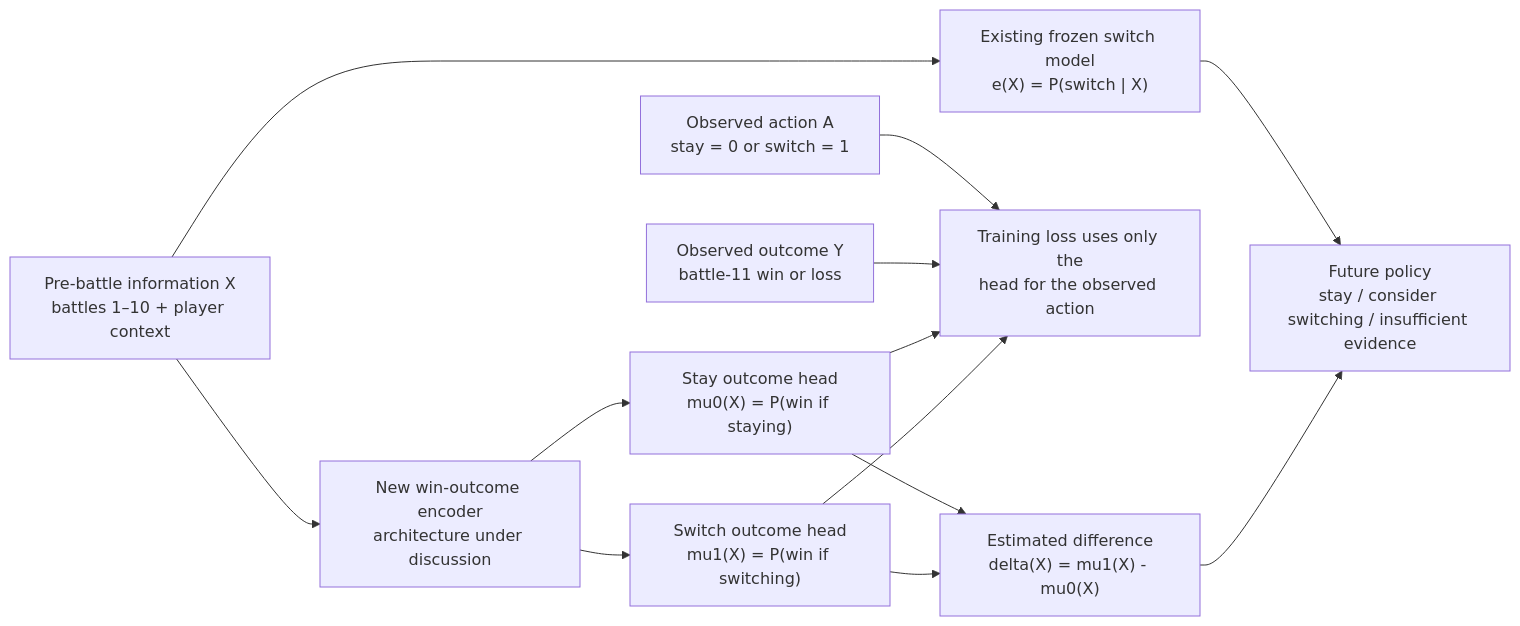
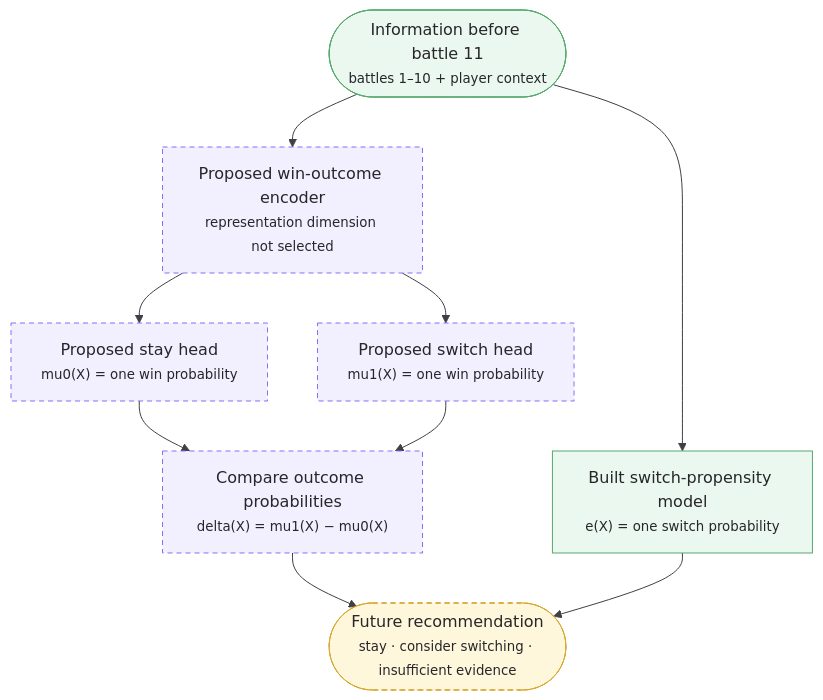
One commit to jfbami/clash2 changed the third of 3 diagrams in ARCHITECTURE.md. Above: the diagram before and after it, drawn with Mermaid. The commit also changed other lines of this file and 3 other files, not shown here.

Commit message:
Refine Mermaid architecture diagrams

````diff
--- a/ARCHITECTURE.md
+++ b/ARCHITECTURE.md
@@ -89,27 +138,28 @@
 ```mermaid
-flowchart LR
-    x["Pre-battle information X<br/>battles 1–10 + player context"]
-    action["Observed action A<br/>stay = 0 or switch = 1"]
-    win["Observed outcome Y<br/>battle-11 win or loss"]
-
-    propensity["Existing frozen switch model<br/>e(X) = P(switch | X)"]
-    outcomeencoder["New win-outcome encoder<br/>architecture under discussion"]
-    stay["Stay outcome head<br/>mu0(X) = P(win if staying)"]
-    switch["Switch outcome head<br/>mu1(X) = P(win if switching)"]
-    factual["Training loss uses only the<br/>head for the observed action"]
-    compare["Estimated difference<br/>delta(X) = mu1(X) - mu0(X)"]
-    decision["Future policy<br/>stay / consider switching / insufficient evidence"]
+%%{init: {"theme":"base","flowchart":{"htmlLabels":true,"curve":"basis"},"themeVariables":{"fontFamily":"monospace","lineColor":"#3f3f46","primaryTextColor":"#27272a"}}}%%
+flowchart TB
+    x(["Information before battle 11<br/><small>battles 1–10 + player context</small>"])
+    propensity["Built switch-propensity model<br/><small>e(X) = one switch probability</small>"]
+    encoder["Proposed win-outcome encoder<br/><small>representation dimension not selected</small>"]
+    stay["Proposed stay head<br/><small>mu0(X) = one win probability</small>"]
+    switchOutcome["Proposed switch head<br/><small>mu1(X) = one win probability</small>"]
+    delta["Compare outcome probabilities<br/><small>delta(X) = mu1(X) − mu0(X)</small>"]
+    policy(["Future recommendation<br/><small>stay · consider switching · insufficient evidence</small>"])
 
     x --> propensity
-    x --> outcomeencoder
-    outcomeencoder --> stay
-    outcomeencoder --> switch
-    action --> factual
-    win --> factual
-    stay --> factual
-    switch --> factual
-    stay --> compare
-    switch --> compare
-    propensity --> decision
-    compare --> decision
+    x --> encoder
+    encoder --> stay
+    encoder --> switchOutcome
+    stay --> delta
+    switchOutcome --> delta
+    delta --> policy
+    propensity --> policy
+
+    classDef built fill:#ebf8ef,stroke:#56a86c,color:#27272a,stroke-width:1px;
+    classDef planned fill:#f2efff,stroke:#8b6cf6,color:#27272a,stroke-width:1px,stroke-dasharray:5 4;
+    classDef output fill:#fff7dc,stroke:#d5a72e,color:#27272a,stroke-width:1px,stroke-dasharray:5 4;
+
+    class x,propensity built;
+    class encoder,stay,switchOutcome,delta planned;
+    class policy output;
 ```
````
